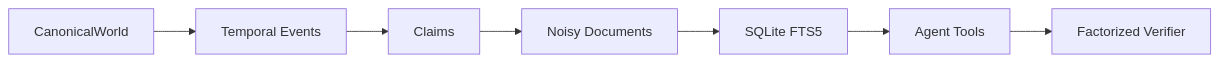
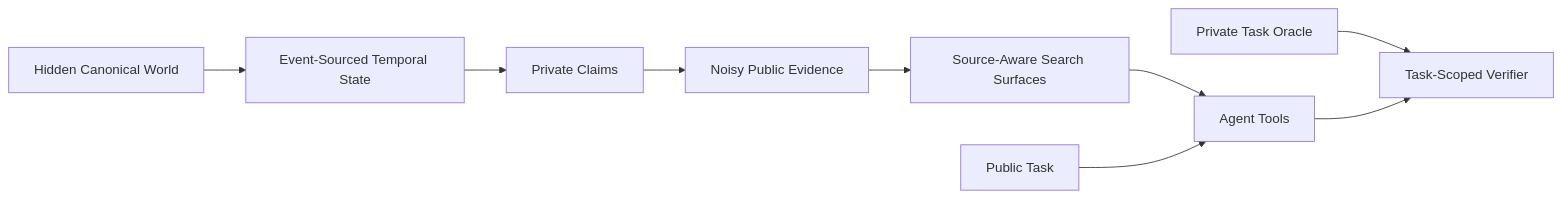
Before and after one commit to FPC-effortless/veritas: the diagram in README.md, drawn with Mermaid. The commit also changed other lines of this file, not shown here.

Commit message:
docs: update architecture and usage for benchmark integrity fixes

````diff
--- a/README.md
+++ b/README.md
@@ -7,9 +7,11 @@
 ```mermaid
 flowchart LR
-  W[CanonicalWorld] --> E[Temporal Events]
-  E --> C[Claims]
-  C --> D[Noisy Documents]
-  D --> S[SQLite FTS5]
+  W[Hidden Canonical World] --> E[Event-Sourced Temporal State]
+  E --> C[Private Claims]
+  C --> D[Noisy Public Evidence]
+  D --> S[Source-Aware Search Surfaces]
   S --> A[Agent Tools]
-  A --> V[Factorized Verifier]
+  T[Public Task] --> A
+  O[Private Task Oracle] --> V[Task-Scoped Verifier]
+  A --> V
 ```
````
